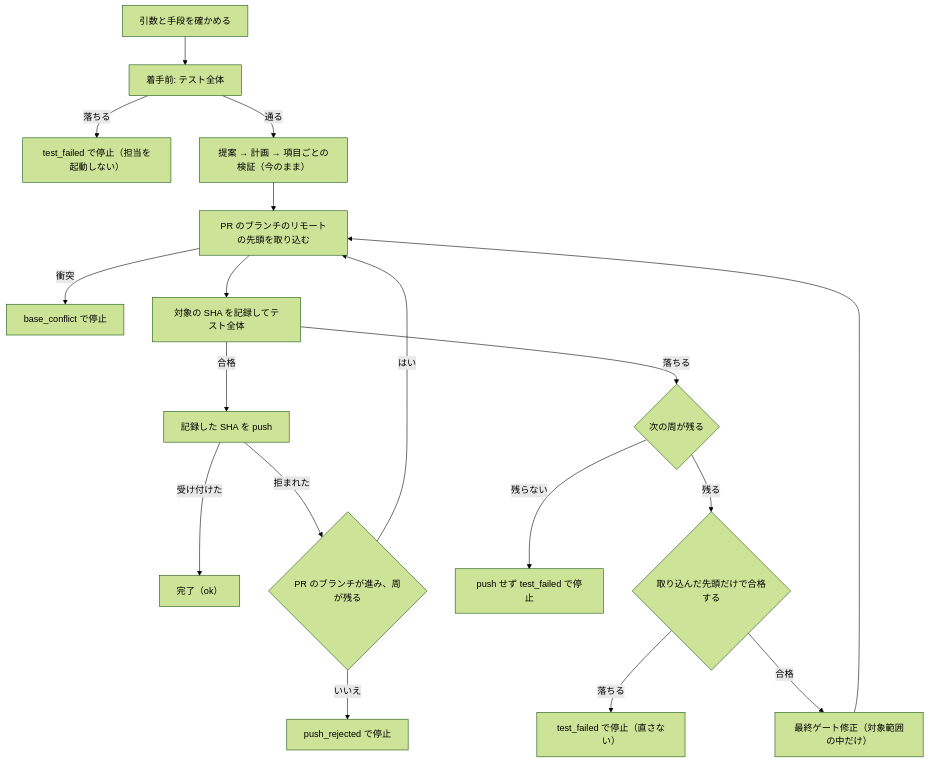
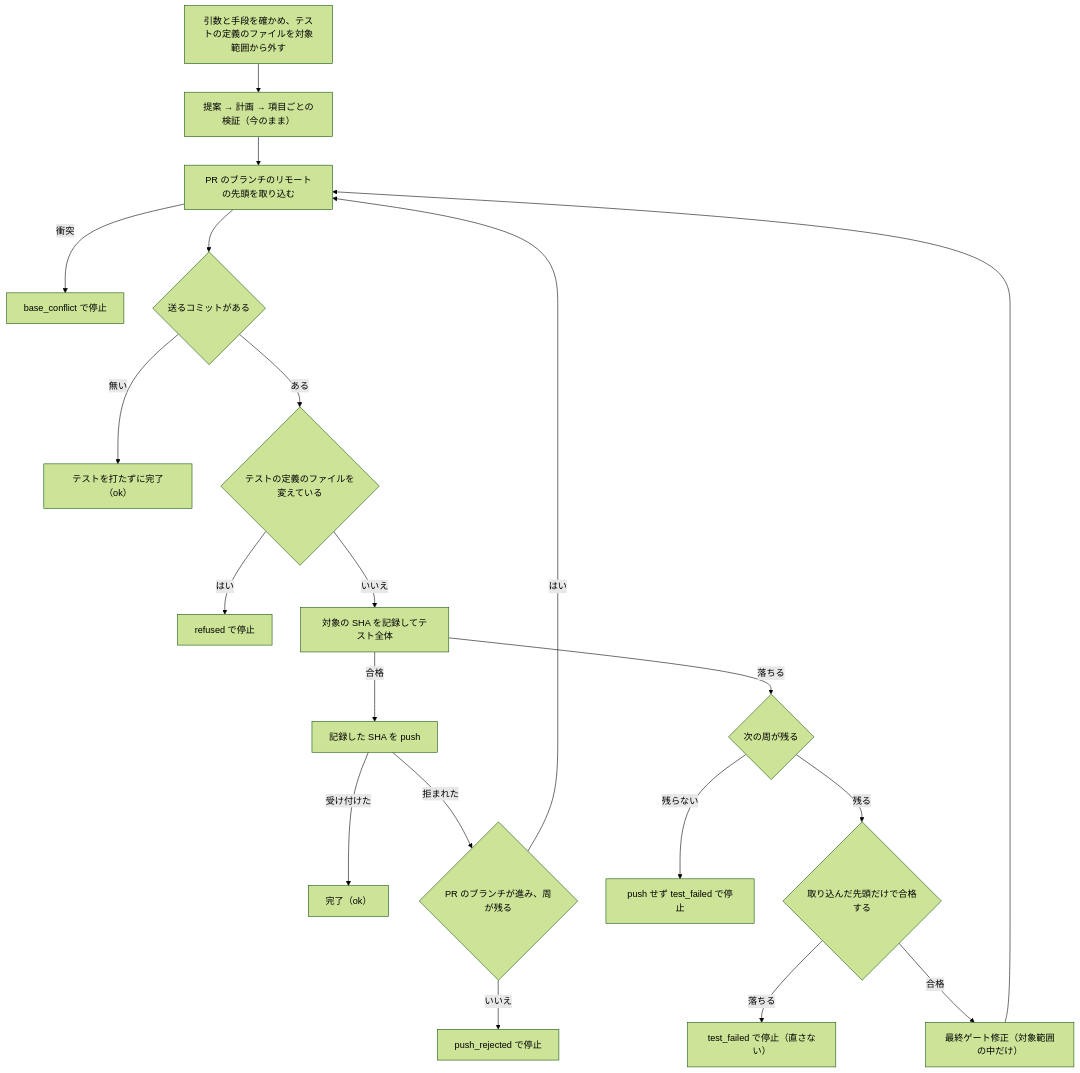
Before and after one commit to devbasex/ai-plugins: the fourth of 4 diagrams in issues/issue-4566-design.md, drawn with Mermaid (forest theme). The commit also changed other lines of this file and 1 other file, not shown here.

````diff
--- a/issues/issue-4566-design.md
+++ b/issues/issue-4566-design.md
@@ -242,20 +265,22 @@
 ```mermaid
 graph TB
-    A["引数と手段を確かめる"] --> B["着手前: テスト全体"]
-    B -->|落ちる| X["test_failed で停止（担当を起動しない）"]
-    B -->|通る| P["提案 → 計画 → 項目ごとの検証（今のまま）"]
+    A["引数と手段を確かめ、テストの定義のファイルを対象範囲から外す"] --> P["提案 → 計画 → 項目ごとの検証（今のまま）"]
     P --> S["PR のブランチのリモートの先頭を取り込む"]
     S -->|衝突| Z["base_conflict で停止"]
-    S --> W["対象の SHA を記録してテスト全体"]
+    S --> N{"送るコミットがある"}
+    N -->|無い| O0["テストを打たずに完了（ok）"]
+    N -->|ある| D{"テストの定義のファイルを変えている"}
+    D -->|はい| Z2["refused で停止"]
+    D -->|いいえ| W["対象の SHA を記録してテスト全体"]
     W -->|合格| U["記録した SHA を push"]
     U -->|受け付けた| O["完了（ok）"]
     U -->|拒まれた| R{"PR のブランチが進み、周が残る"}
     R -->|はい| S
     R -->|いいえ| Q["push_rejected で停止"]
     W -->|落ちる| L{"次の周が残る"}
     L -->|残らない| Y["push せず test_failed で停止"]
     L -->|残る| C{"取り込んだ先頭だけで合格する"}
     C -->|落ちる| Y0["test_failed で停止（直さない）"]
     C -->|合格| F["最終ゲート修正（対象範囲の中だけ）"]
     F --> S
 ```
````
